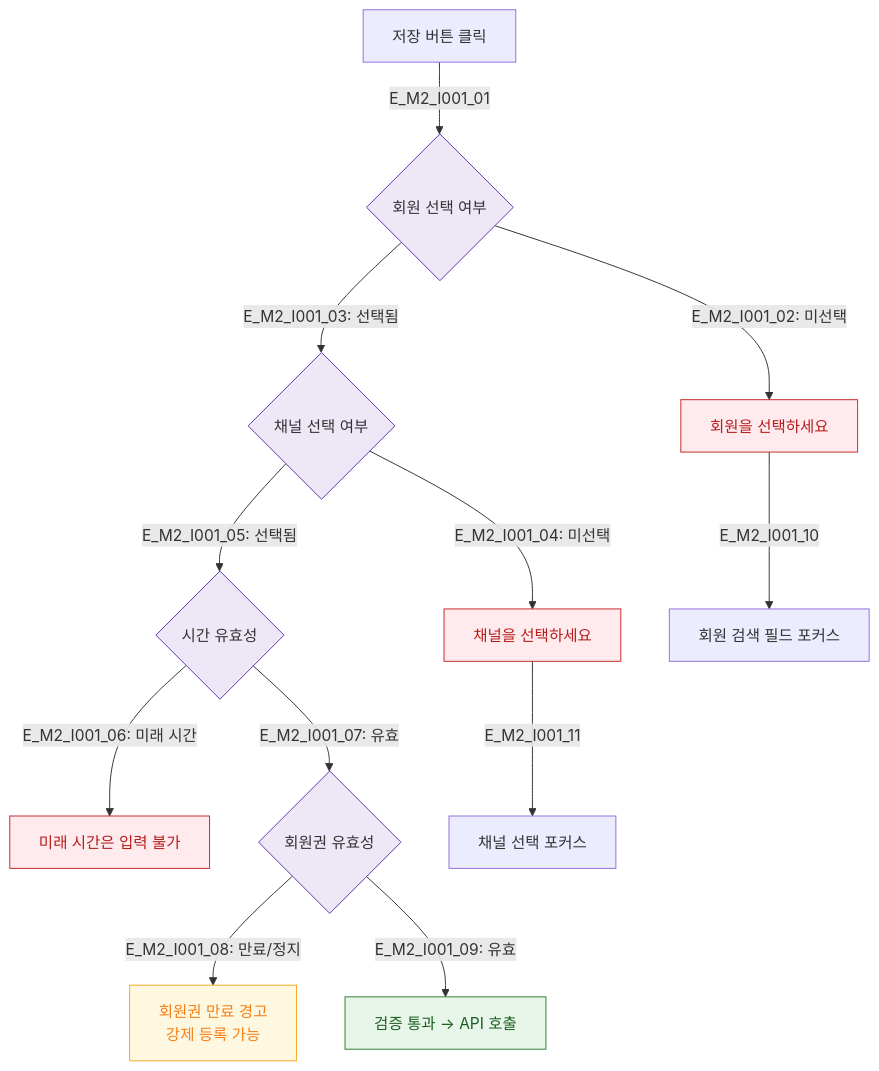
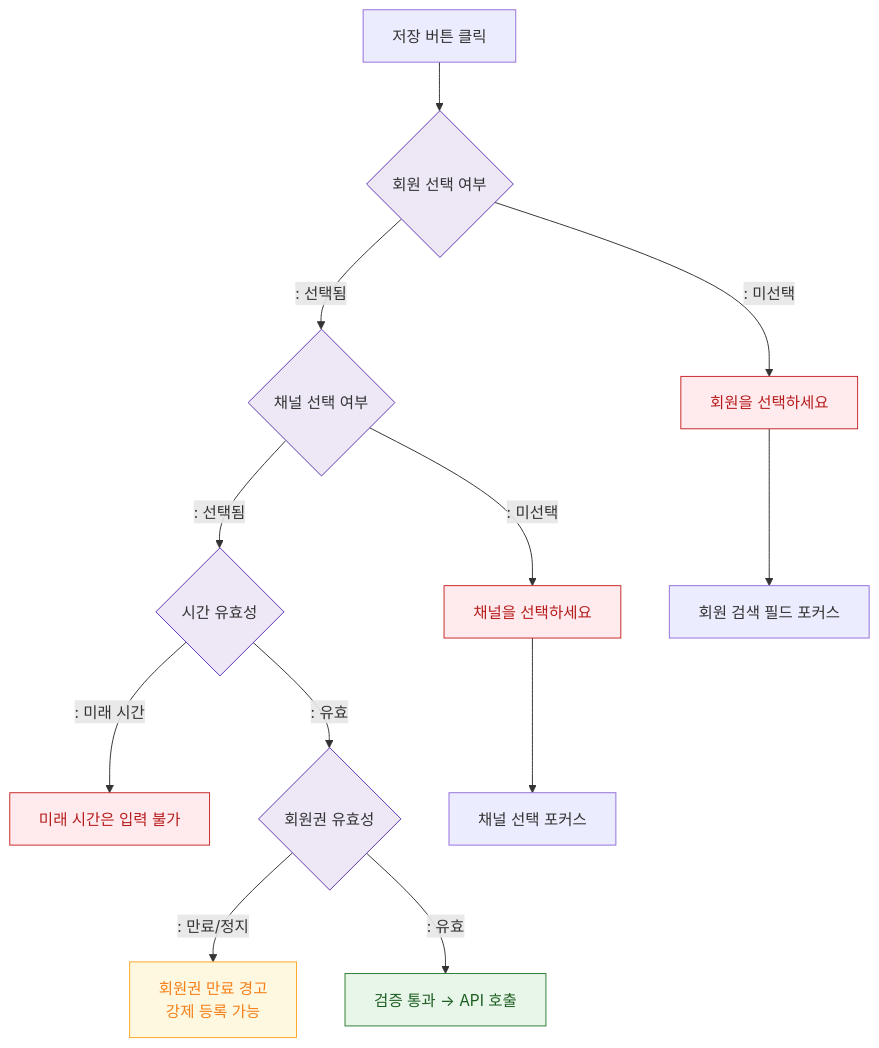
One commit to dev-spogym/admin-pando changed the diagram in docs/다이어그램/D11_통합운영/DLG/DLG-I001_수동출석등록/M2_필드검증.md. Above: the diagram before and after it, drawn with Mermaid. The commit also changed other lines of this file and 1660 other files, not shown here.

First line of the commit message:
다이어그램: 기획자/클라이언트 납품본으로 정리

````diff
--- a/docs/다이어그램/D11_통합운영/DLG/DLG-I001_수동출석등록/M2_필드검증.md
+++ b/docs/다이어그램/D11_통합운영/DLG/DLG-I001_수동출석등록/M2_필드검증.md
@@ -16,27 +14,27 @@
 ```mermaid
 flowchart TD
-    SUBMIT[저장 버튼 클릭] -->|E_M2_I001_01| V_MEMBER{회원 선택 여부}
-    V_MEMBER -->|"E_M2_I001_02: 미선택"| ERR_MEMBER[회원을 선택하세요]
-    V_MEMBER -->|"E_M2_I001_03: 선택됨"| V_CHANNEL{채널 선택 여부}
+    SUBMIT[저장 버튼 클릭] --> V_MEMBER{회원 선택 여부}
+    V_MEMBER -->|": 미선택"|ERR_MEMBER[회원을 선택하세요]
+    V_MEMBER -->|": 선택됨"|V_CHANNEL{채널 선택 여부}
 
-    V_CHANNEL -->|"E_M2_I001_04: 미선택"| ERR_CHANNEL[채널을 선택하세요]
-    V_CHANNEL -->|"E_M2_I001_05: 선택됨"| V_TIME{시간 유효성}
+    V_CHANNEL -->|": 미선택"|ERR_CHANNEL[채널을 선택하세요]
+    V_CHANNEL -->|": 선택됨"|V_TIME{시간 유효성}
 
-    V_TIME -->|"E_M2_I001_06: 미래 시간"| ERR_TIME[미래 시간은 입력 불가]
-    V_TIME -->|"E_M2_I001_07: 유효"| V_MEMBERSHIP{회원권 유효성}
+    V_TIME -->|": 미래 시간"|ERR_TIME[미래 시간은 입력 불가]
+    V_TIME -->|": 유효"|V_MEMBERSHIP{회원권 유효성}
 
-    V_MEMBERSHIP -->|"E_M2_I001_08: 만료/정지"| WARN_MEMBER[회원권 만료 경고\n강제 등록 가능]
-    V_MEMBERSHIP -->|"E_M2_I001_09: 유효"| PASS[검증 통과 → API 호출]
+    V_MEMBERSHIP -->|": 만료/정지"|WARN_MEMBER[회원권 만료 경고\n강제 등록 가능]
+    V_MEMBERSHIP -->|": 유효"|PASS[검증 통과 → API 호출]
 
-    ERR_MEMBER -->|E_M2_I001_10| FOCUS_MEMBER[회원 검색 필드 포커스]
-    ERR_CHANNEL -->|E_M2_I001_11| FOCUS_CHANNEL[채널 선택 포커스]
+    ERR_MEMBER --> FOCUS_MEMBER[회원 검색 필드 포커스]
+    ERR_CHANNEL --> FOCUS_CHANNEL[채널 선택 포커스]
 
-    classDef system       fill:#EDE7F6,stroke:#5E35B2
-    classDef error        fill:#FFEBEE,stroke:#C62828,color:#B71C1C
-    classDef warning      fill:#FFF8E1,stroke:#F9A825,color:#F57F17
-    classDef success      fill:#E8F5E9,stroke:#2E7D32,color:#1B5E20
+    classDef system fill:#EDE7F6,stroke:#5E35B2
+    classDef error fill:#FFEBEE,stroke:#C62828,color:#B71C1C
+    classDef warning fill:#FFF8E1,stroke:#F9A825,color:#F57F17
+    classDef success fill:#E8F5E9,stroke:#2E7D32,color:#1B5E20
     class V_MEMBER,V_CHANNEL,V_TIME,V_MEMBERSHIP system
     class ERR_MEMBER,ERR_CHANNEL,ERR_TIME error
     class WARN_MEMBER warning
     class PASS success
 ```
````
